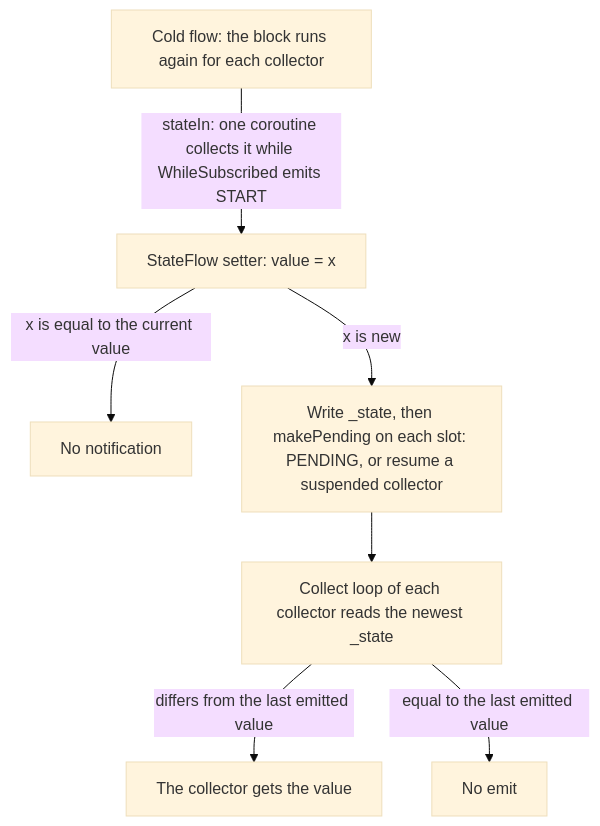
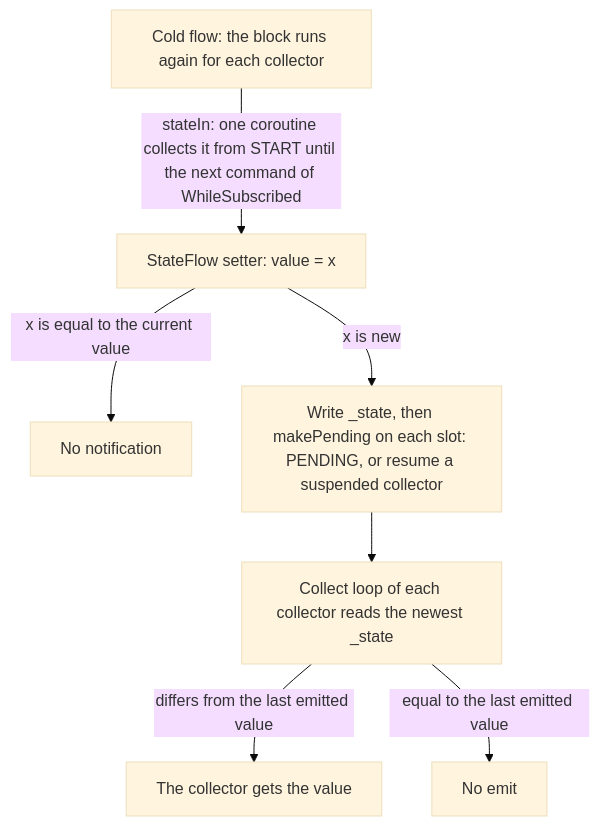
One commit to imGurpreetSK/android-from-first-principles changed the diagram in site/src/content/docs/concurrency/flow.mdx. Above: the diagram before and after it, drawn with Mermaid (base theme).

Commit message:
Say in the flowchart of the Mental model of the flow chapter that the one coroutine of stateIn collects the cold flow from START until the next command of WhileSubscribed, because START is one command, not an action that lasts, and the next command, STOP or STOP_AND_RESET_REPLAY_CACHE, cancels the collection

````diff
--- a/site/src/content/docs/concurrency/flow.mdx
+++ b/site/src/content/docs/concurrency/flow.mdx
@@ -198,9 +198,9 @@
 ```mermaid
 flowchart TD
-  cold["Cold flow: the block runs again for each collector"] -->|"stateIn: one coroutine collects it while WhileSubscribed emits START"| write["StateFlow setter: value = x"]
+  cold["Cold flow: the block runs again for each collector"] -->|"stateIn: one coroutine collects it from START until the next command of WhileSubscribed"| write["StateFlow setter: value = x"]
   write -->|"x is equal to the current value"| none["No notification"]
   write -->|"x is new"| slots["Write _state, then makePending on each slot: PENDING, or resume a suspended collector"]
   slots --> loop["Collect loop of each collector reads the newest _state"]
   loop -->|"differs from the last emitted value"| emit["The collector gets the value"]
   loop -->|"equal to the last emitted value"| skip["No emit"]
 ```
````
